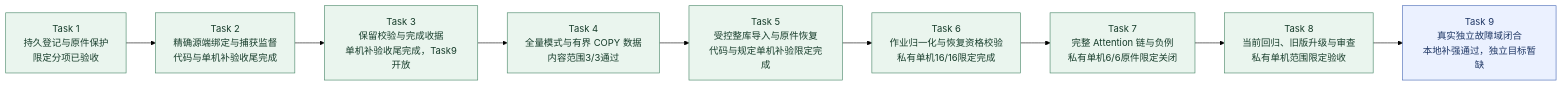
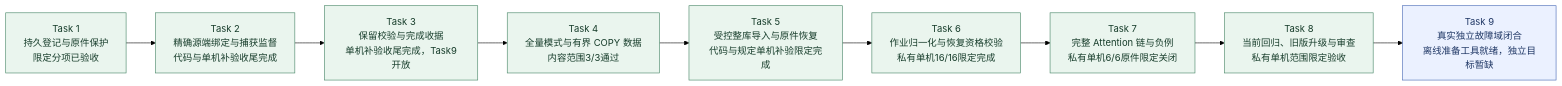
The second of 9 diagrams in docs/KnowWeave实施路线与系统架构.md (MansurnamedZhang/learning-system-p0c4), drawn with Mermaid (forest theme) before and after one commit. The commit also changed other lines of this file and 11 other files, not shown here.

````diff
--- a/docs/KnowWeave实施路线与系统架构.md
+++ b/docs/KnowWeave实施路线与系统架构.md
@@ -80,25 +80,25 @@
 ```mermaid
 flowchart LR
     C4T1["Task 1<br/>持久登记与原件保护<br/>限定分项已验收"]
     C4T2["Task 2<br/>精确源端绑定与捕获监督<br/>代码与单机补验收尾完成"]
     C4T3["Task 3<br/>保留校验与完成收据<br/>单机补验收尾完成，Task9开放"]
     C4T4["Task 4<br/>全量模式与有界 COPY 数据<br/>内容范围3/3通过"]
     C4T5["Task 5<br/>受控整库导入与原件恢复<br/>代码与规定单机补验限定完成"]
     C4T6["Task 6<br/>作业归一化与恢复资格校验<br/>私有单机16/16限定完成"]
     C4T7["Task 7<br/>完整 Attention 链与负例<br/>私有单机6/6原件限定关闭"]
     C4T8["Task 8<br/>当前回归、旧版升级与审查<br/>私有单机范围限定验收"]
-    C4T9["Task 9<br/>真实独立故障域闭合<br/>本地补强通过，独立目标暂缺"]
+    C4T9["Task 9<br/>真实独立故障域闭合<br/>离线准备工具就绪，独立目标暂缺"]
     C4T1 --> C4T2
     C4T2 --> C4T3
     C4T3 --> C4T4
     C4T4 --> C4T5
     C4T5 --> C4T6
     C4T6 --> C4T7
     C4T7 --> C4T8
     C4T8 --> C4T9
     class C4T1,C4T2,C4T3,C4T4,C4T5,C4T6,C4T7,C4T8 done
     class C4T9 next
     classDef done fill:#eaf5ee,stroke:#438363,color:#173d2b
     classDef next fill:#ebf1ff,stroke:#4365b4,color:#203866
     classDef planned fill:#f2f4f8,stroke:#8591a3,color:#28354b
 ```
````
